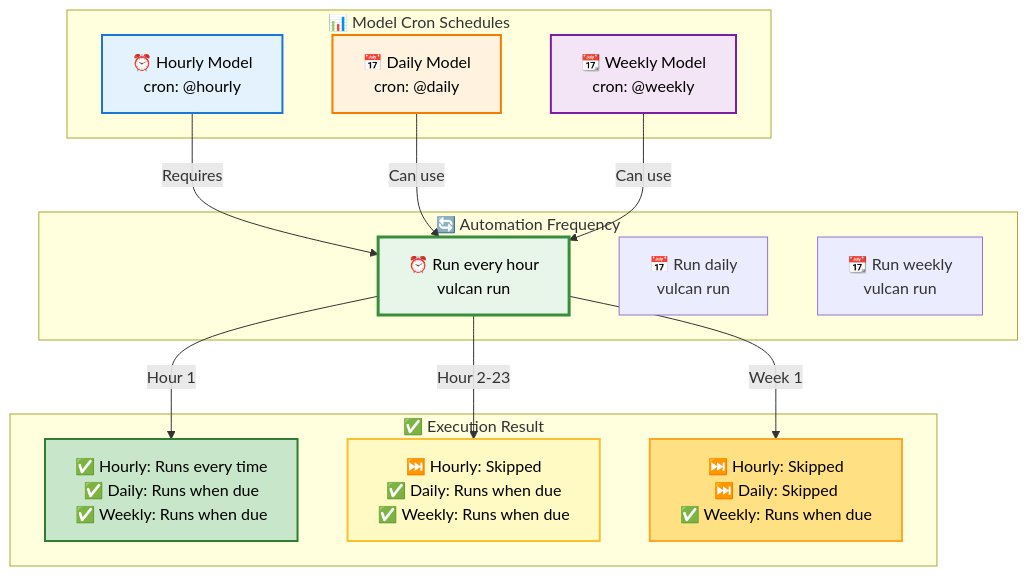
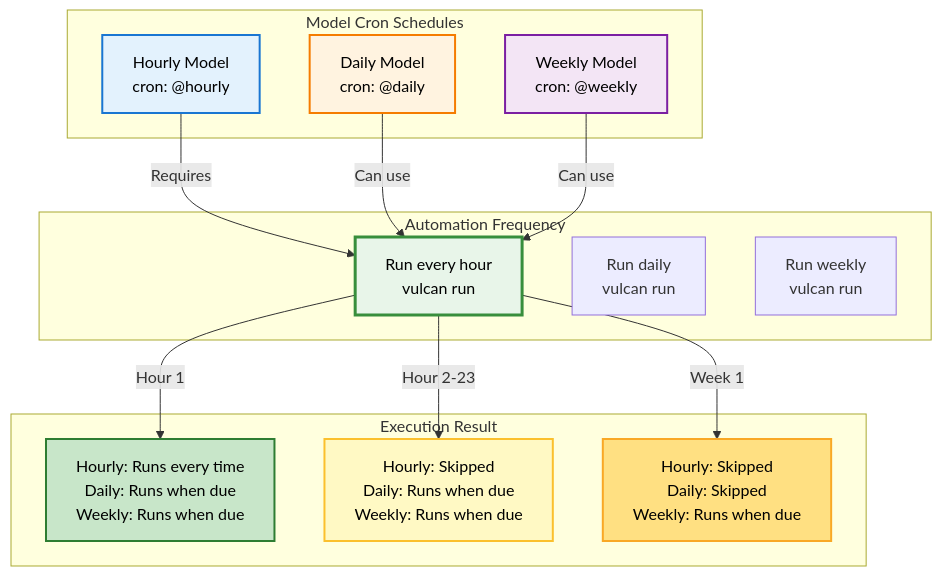
Before and after one commit to tmdc-io/vulcan-book: the fifth of 5 diagrams in docs/guides/run_and_scheduling.md, drawn with Mermaid. The commit also changed other lines of this file and 6 other files, not shown here.

Commit message:
updated mermaid diagrams to remove emojis, commented out the old plan guide o have only the new 2.0 plan guide

````diff
--- a/docs/guides/run_and_scheduling.md
+++ b/docs/guides/run_and_scheduling.md
@@ -552,36 +552,36 @@
 ```mermaid
 graph TD
-    subgraph "📊 Model Cron Schedules"
-        H[⏰ Hourly Model<br/>cron: @hourly]
-        D[📅 Daily Model<br/>cron: @daily]
-        W[📆 Weekly Model<br/>cron: @weekly]
+    subgraph "Model Cron Schedules"
+        H[Hourly Model<br/>cron: @hourly]
+        D[Daily Model<br/>cron: @daily]
+        W[Weekly Model<br/>cron: @weekly]
     end
 
-    subgraph "🔄 Automation Frequency"
-        AUTO_H[⏰ Run every hour<br/>vulcan run]
-        AUTO_D[📅 Run daily<br/>vulcan run]
-        AUTO_W[📆 Run weekly<br/>vulcan run]
+    subgraph "Automation Frequency"
+        AUTO_H[Run every hour<br/>vulcan run]
+        AUTO_D[Run daily<br/>vulcan run]
+        AUTO_W[Run weekly<br/>vulcan run]
     end
 
-    subgraph "✅ Execution Result"
-        RESULT1[✅ Hourly: Runs every time<br/>✅ Daily: Runs when due<br/>✅ Weekly: Runs when due]
-        RESULT2[⏭️ Hourly: Skipped<br/>✅ Daily: Runs when due<br/>✅ Weekly: Runs when due]
-        RESULT3[⏭️ Hourly: Skipped<br/>⏭️ Daily: Skipped<br/>✅ Weekly: Runs when due]
+    subgraph "Execution Result"
+        RESULT1[Hourly: Runs every time<br/>Daily: Runs when due<br/>Weekly: Runs when due]
+        RESULT2[Hourly: Skipped<br/>Daily: Runs when due<br/>Weekly: Runs when due]
+        RESULT3[Hourly: Skipped<br/>Daily: Skipped<br/>Weekly: Runs when due]
     end
 
     H -->|"Requires"| AUTO_H
     D -->|"Can use"| AUTO_H
     W -->|"Can use"| AUTO_H
     
     AUTO_H -->|"Hour 1"| RESULT1
     AUTO_H -->|"Hour 2-23"| RESULT2
     AUTO_H -->|"Week 1"| RESULT3
 
     style H fill:#e3f2fd,stroke:#1976d2,stroke-width:2px,color:#000
     style D fill:#fff3e0,stroke:#f57c00,stroke-width:2px,color:#000
     style W fill:#f3e5f5,stroke:#7b1fa2,stroke-width:2px,color:#000
     style AUTO_H fill:#e8f5e9,stroke:#388e3c,stroke-width:3px,color:#000
     style RESULT1 fill:#c8e6c9,stroke:#2e7d32,stroke-width:2px,color:#000
     style RESULT2 fill:#fff9c4,stroke:#fbc02d,stroke-width:2px,color:#000
     style RESULT3 fill:#ffe082,stroke:#f9a825,stroke-width:2px,color:#000
 ```
````
